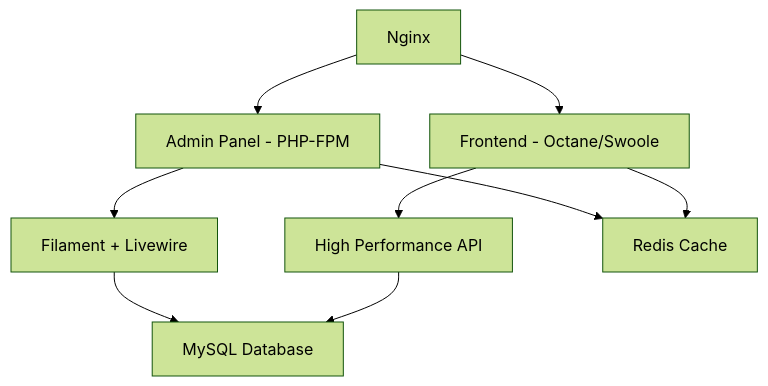
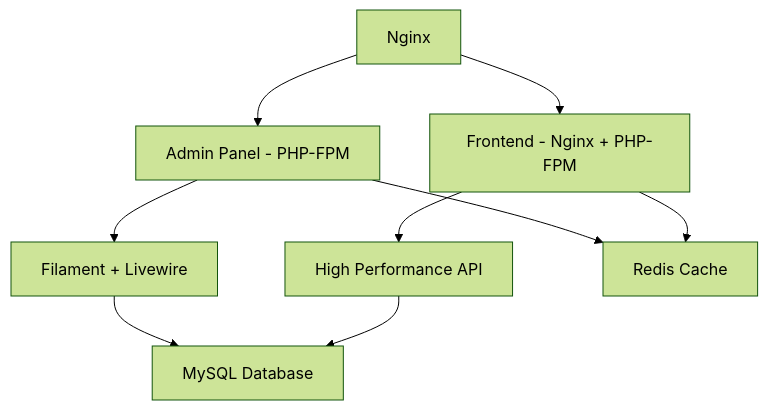
One commit to buguenocesar92/kraftdo-nfc changed the diagram in docs/README.md. Above: the diagram before and after it, drawn with Mermaid (forest theme). The commit also changed other lines of this file and 20 other files, not shown here.

Commit message:
Refactor project configuration to replace FrankenPHP with Nginx + PHP-FPM, update documentation, and remove Octane references

````diff
--- a/docs/README.md
+++ b/docs/README.md
@@ -23,11 +21,11 @@
 ```mermaid
 graph TD
     A[Nginx] --> B[Admin Panel - PHP-FPM]
-    A --> C[Frontend - Octane/Swoole]
+    A --> C[Frontend - Nginx + PHP-FPM]
     B --> D[Filament + Livewire]
     C --> E[High Performance API]
     D --> F[MySQL Database]
     E --> F
     B --> G[Redis Cache]
     C --> G
 ```
````
